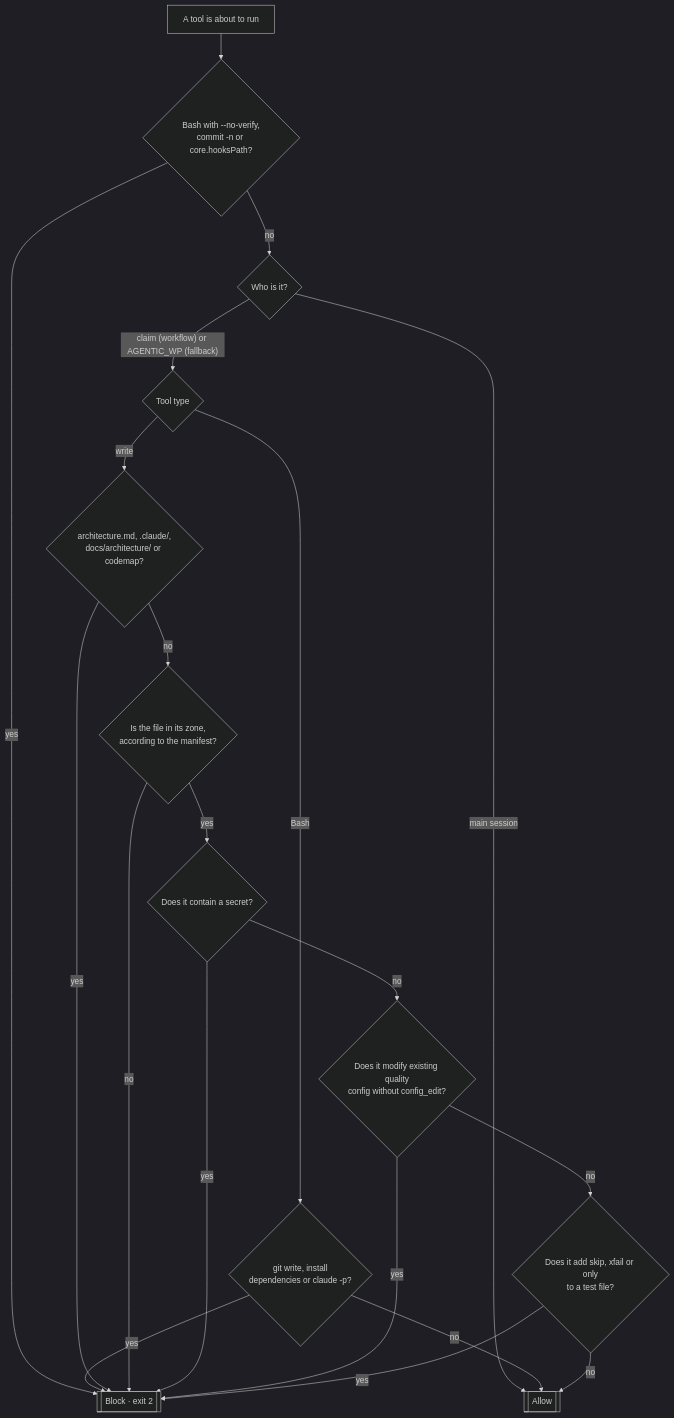
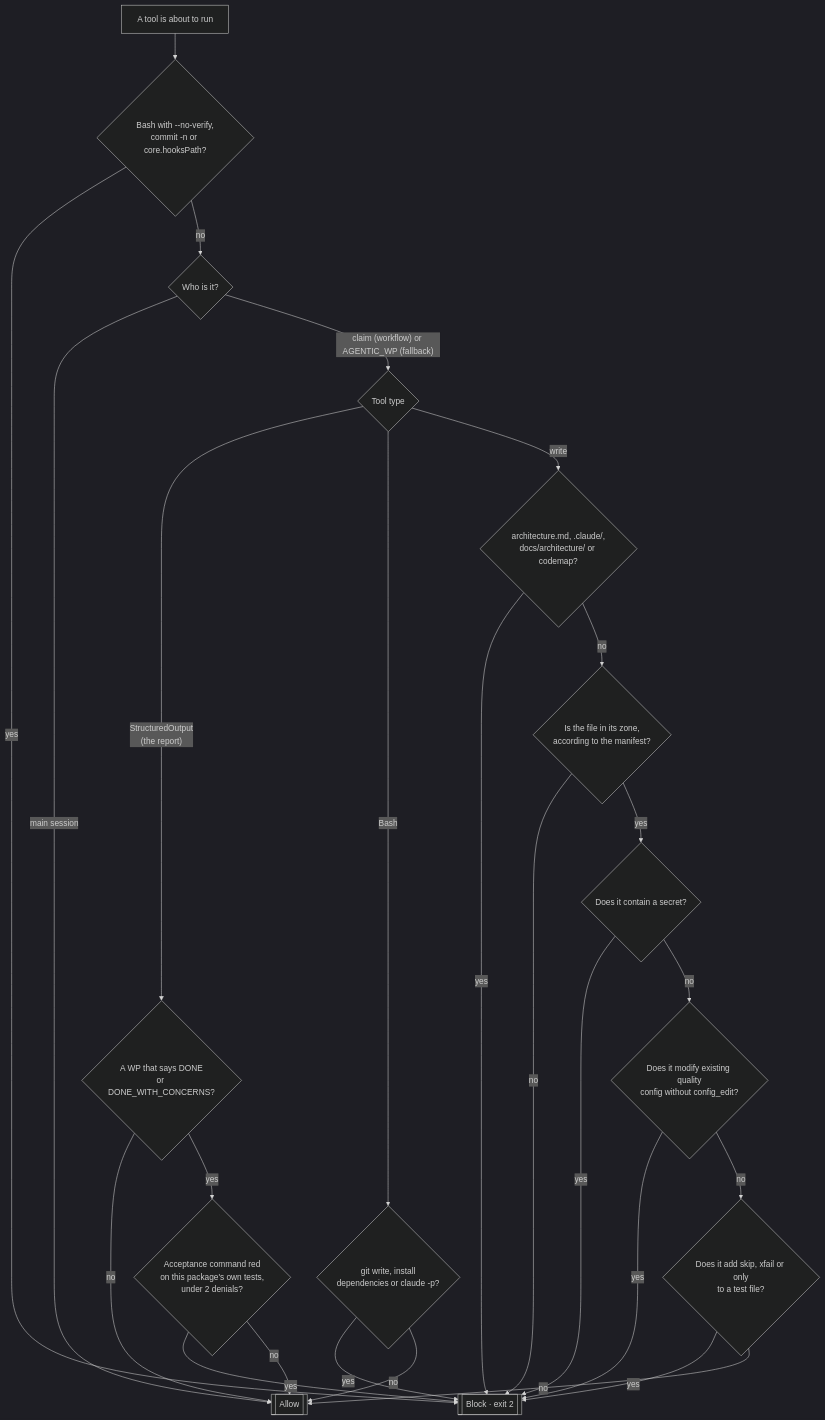
Before and after one commit to jagosar/agentic-flow: the fourth of 5 diagrams in docs/how-it-works.md, drawn with Mermaid (dark theme). The commit also changed other lines of this file and 41 other files, not shown here.

````diff
--- a/docs/how-it-works.md
+++ b/docs/how-it-works.md
@@ -191,22 +195,27 @@
 ```mermaid
 flowchart TD
     E["A tool is about to run"] --> NV{"Bash with --no-verify,<br/>commit -n or core.hooksPath?"}
     NV -->|yes| BLK[["Block · exit 2"]]
     NV -->|no| ID{"Who is it?"}
     ID -->|main session| OK[["Allow"]]
     ID -->|"claim (workflow) or AGENTIC_WP (fallback)"| T{"Tool type"}
+    T -->|"StructuredOutput<br/>(the report)"| RP{"A WP that says DONE<br/>or DONE_WITH_CONCERNS?"}
+    RP -->|no| OK
+    RP -->|yes| GT{"Acceptance command red<br/>on this package's own tests,<br/>under 2 denials?"}
+    GT -->|yes| BLK
+    GT -->|no| OK
     T -->|Bash| GB{"git write, install<br/>dependencies or claude -p?"}
     GB -->|yes| BLK
     GB -->|no| OK
     T -->|write| PROT{"architecture.md, .claude/,<br/>docs/architecture/ or codemap?"}
     PROT -->|yes| BLK
     PROT -->|no| OWN{"Is the file in its zone,<br/>according to the manifest?"}
     OWN -->|no| BLK
     OWN -->|yes| SEC{"Does it contain a secret?"}
     SEC -->|yes| BLK
     SEC -->|no| CFG{"Does it modify existing quality<br/>config without config_edit?"}
     CFG -->|yes| BLK
     CFG -->|no| SKIP{"Does it add skip, xfail or only<br/>to a test file?"}
     SKIP -->|yes| BLK
     SKIP -->|no| OK
 ```
````
